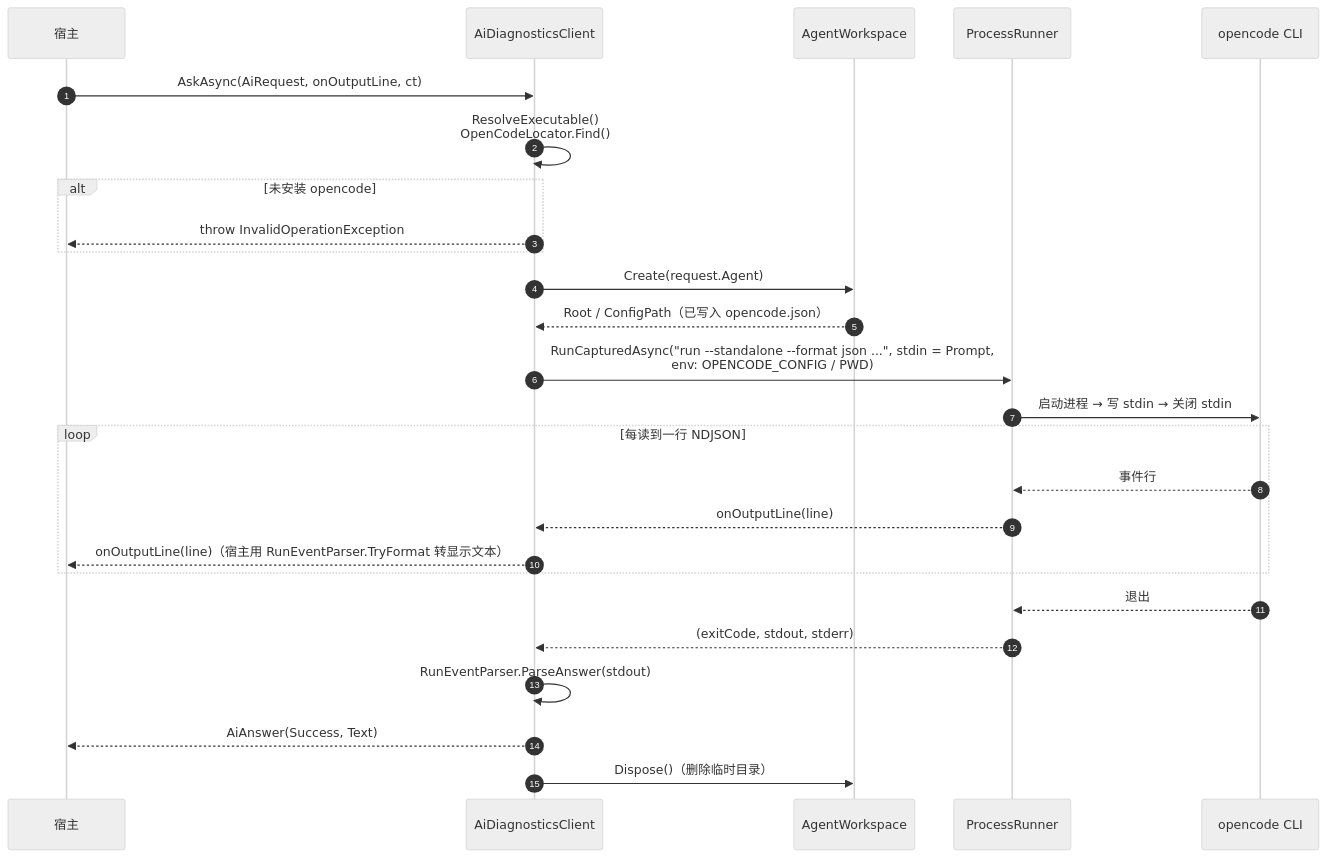
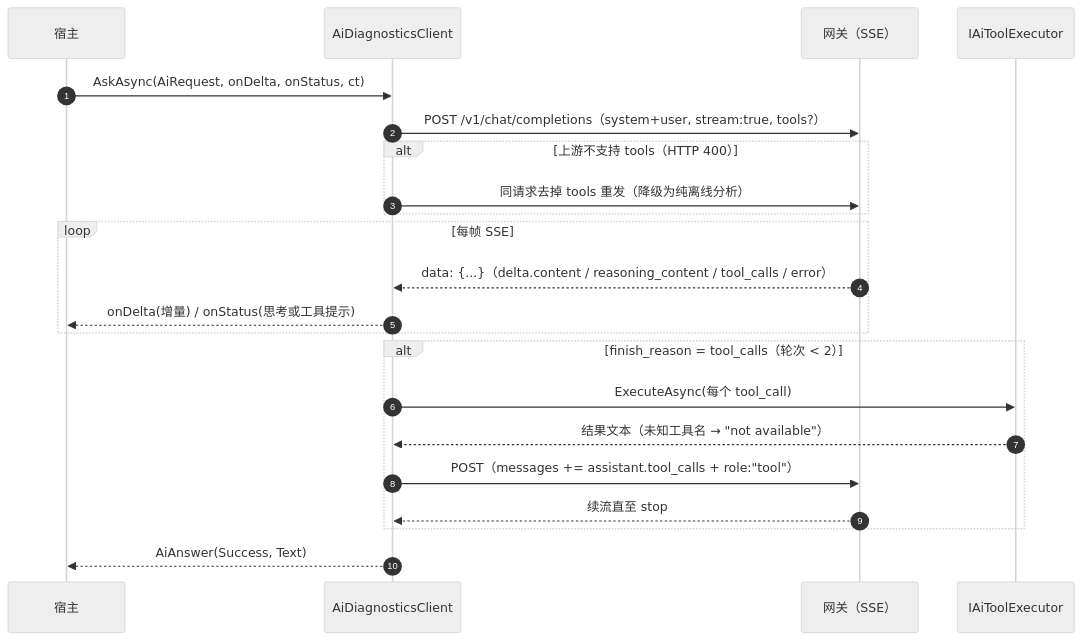
Before and after one commit to self-exiler/SongYueLauncher: the second of 2 diagrams in src/AiDiagnostics/README.md, drawn with Mermaid (neutral theme). The commit also changed other lines of this file and 63 other files, not shown here.

````diff
--- a/src/AiDiagnostics/README.md
+++ b/src/AiDiagnostics/README.md
@@ -347,29 +317,25 @@
 ```mermaid
 sequenceDiagram
     autonumber
     participant H as 宿主
     participant C as AiDiagnosticsClient
-    participant W as AgentWorkspace
-    participant P as ProcessRunner
-    participant O as opencode CLI
+    participant G as 网关（SSE）
+    participant T as IAiToolExecutor
 
-    H->>C: AskAsync(AiRequest, onOutputLine, ct)
-    C->>C: ResolveExecutable()<br/>OpenCodeLocator.Find()
-    alt 未安装 opencode
-        C-->>H: throw InvalidOperationException
+    H->>C: AskAsync(AiRequest, onDelta, onStatus, ct)
+    C->>G: POST /v1/chat/completions（system+user, stream:true, tools?）
+    alt 上游不支持 tools（HTTP 400）
+        C->>G: 同请求去掉 tools 重发（降级为纯离线分析）
     end
-    C->>W: Create(request.Agent)
-    W-->>C: Root / ConfigPath（已写入 opencode.json）
-    C->>P: RunCapturedAsync("run --standalone --format json ...", stdin = Prompt,<br/>env: OPENCODE_CONFIG / PWD)
-    P->>O: 启动进程 → 写 stdin → 关闭 stdin
-    loop 每读到一行 NDJSON
-        O-->>P: 事件行
-        P-->>C: onOutputLine(line)
-        C-->>H: onOutputLine(line)（宿主用 RunEventParser.TryFormat 转显示文本）
+    loop 每帧 SSE
+        G-->>C: data: {...}（delta.content / reasoning_content / tool_calls / error）
+        C-->>H: onDelta(增量) / onStatus(思考或工具提示)
     end
-    O-->>P: 退出
-    P-->>C: (exitCode, stdout, stderr)
-    C->>C: RunEventParser.ParseAnswer(stdout)
+    alt finish_reason = tool_calls（轮次 < 2）
+        C->>T: ExecuteAsync(每个 tool_call)
+        T-->>C: 结果文本（未知工具名 → "not available"）
+        C->>G: POST（messages += assistant.tool_calls + role:"tool"）
+        G-->>C: 续流直至 stop
+    end
     C-->>H: AiAnswer(Success, Text)
-    C->>W: Dispose()（删除临时目录）
 ```
````
